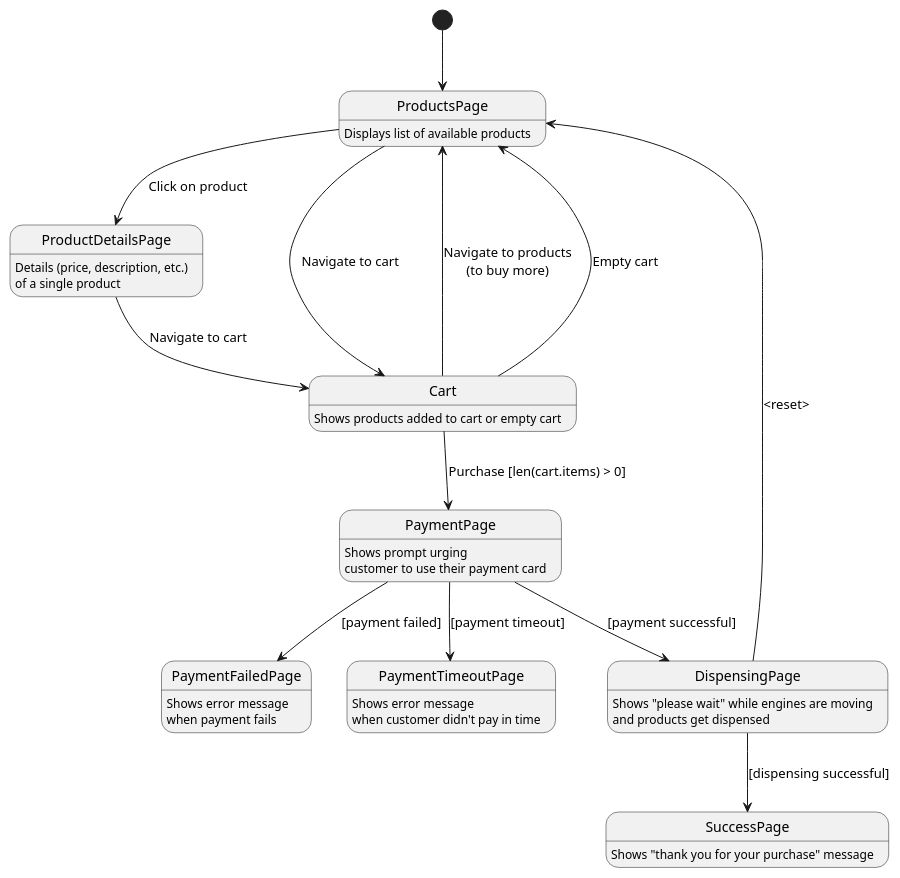
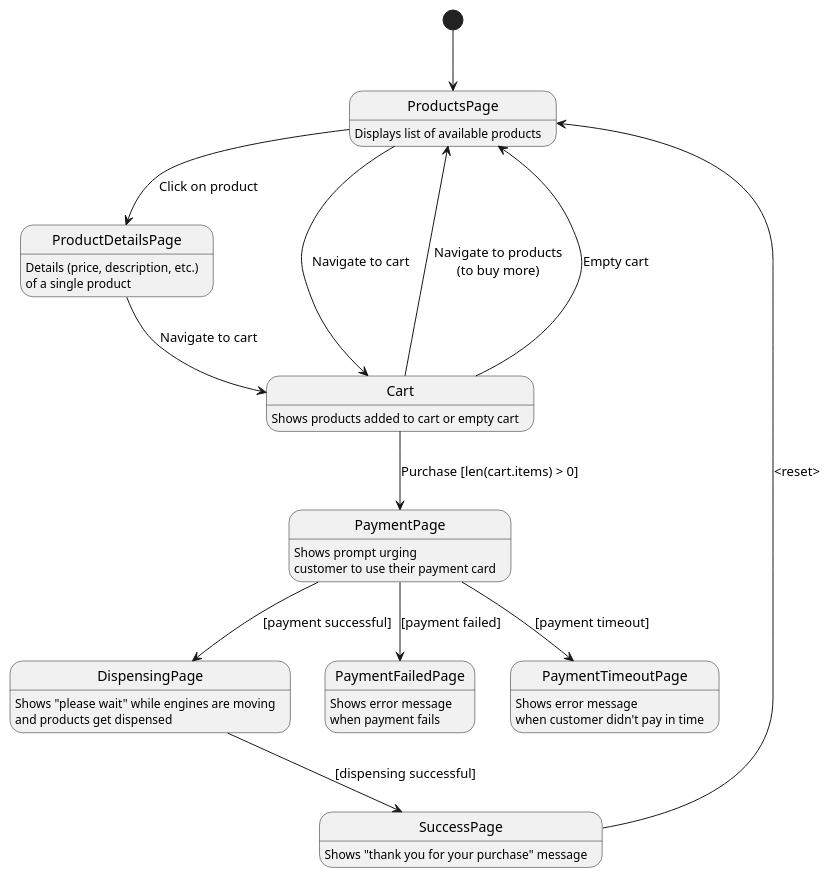
The diagram in diagrams/ui.state.puml (Enforcer/testing-training), drawn with PlantUML before and after one commit.

Commit message:
Fix transition in UI after success

```diff
--- a/diagrams/ui.state.puml
+++ b/diagrams/ui.state.puml
@@ -1,23 +1,23 @@
 @startuml
 [*] --> ProductsPage
 ProductsPage --> ProductDetailsPage: Click on product
 ProductsPage --> Cart: Navigate to cart
 ProductDetailsPage --> Cart: Navigate to cart
 Cart --> ProductsPage: Navigate to products\n(to buy more)
 Cart --> ProductsPage: Empty cart
 Cart --> PaymentPage: Purchase [len(cart.items) > 0]
 PaymentPage --> DispensingPage: [payment successful]
 DispensingPage --> SuccessPage: [dispensing successful]
-DispensingPage --> ProductsPage: <reset>
+SuccessPage --> ProductsPage: <reset>
 PaymentPage --> PaymentFailedPage: [payment failed]
 PaymentPage --> PaymentTimeoutPage: [payment timeout]
 
 ProductsPage: Displays list of available products
 ProductDetailsPage: Details (price, description, etc.)\nof a single product
 Cart: Shows products added to cart or empty cart
 PaymentPage: Shows prompt urging\ncustomer to use their payment card
 PaymentFailedPage: Shows error message\nwhen payment fails
 PaymentTimeoutPage: Shows error message\nwhen customer didn't pay in time
 DispensingPage: Shows "please wait" while engines are moving\nand products get dispensed
 SuccessPage: Shows "thank you for your purchase" message
 @enduml
```
